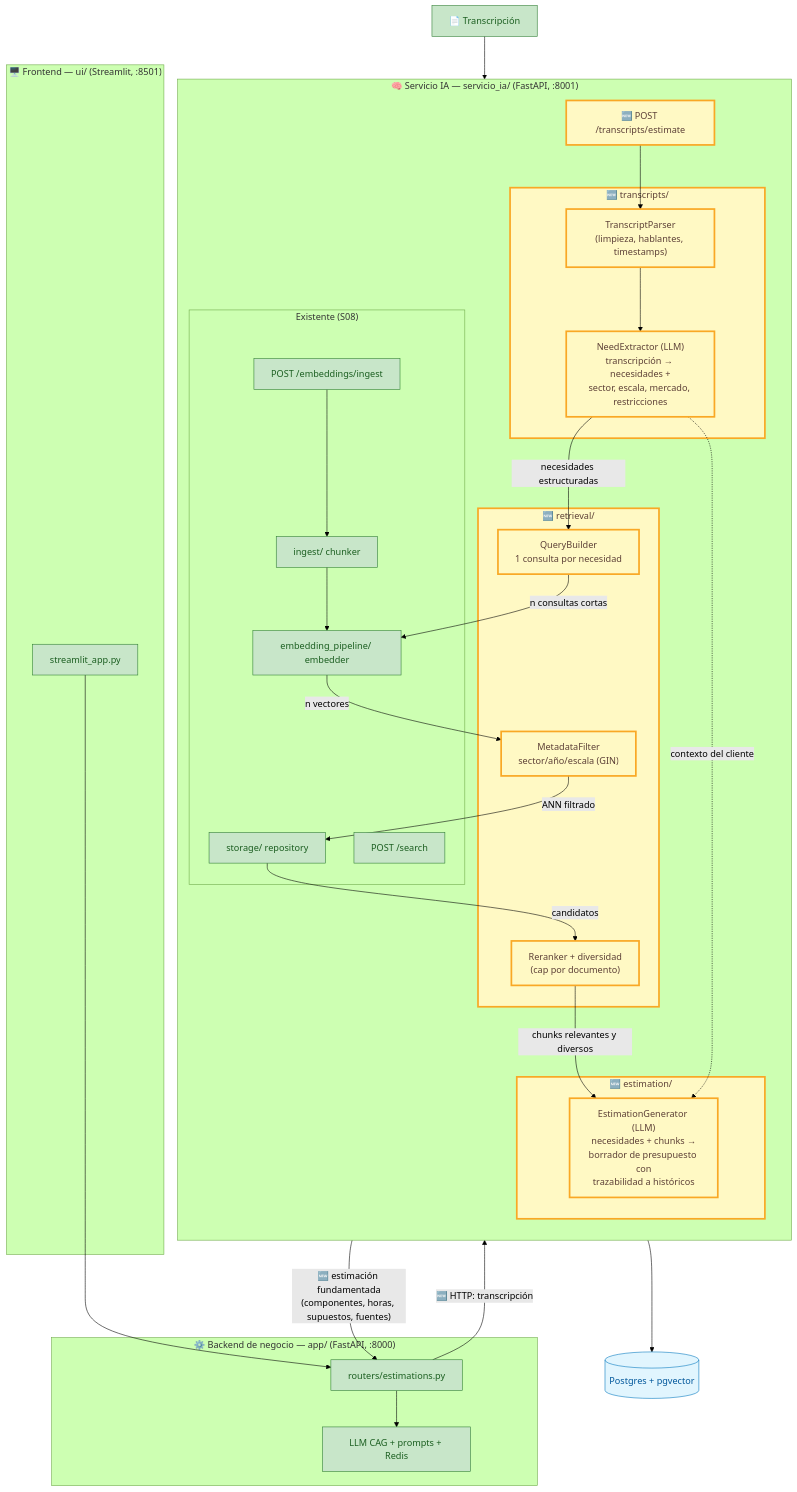
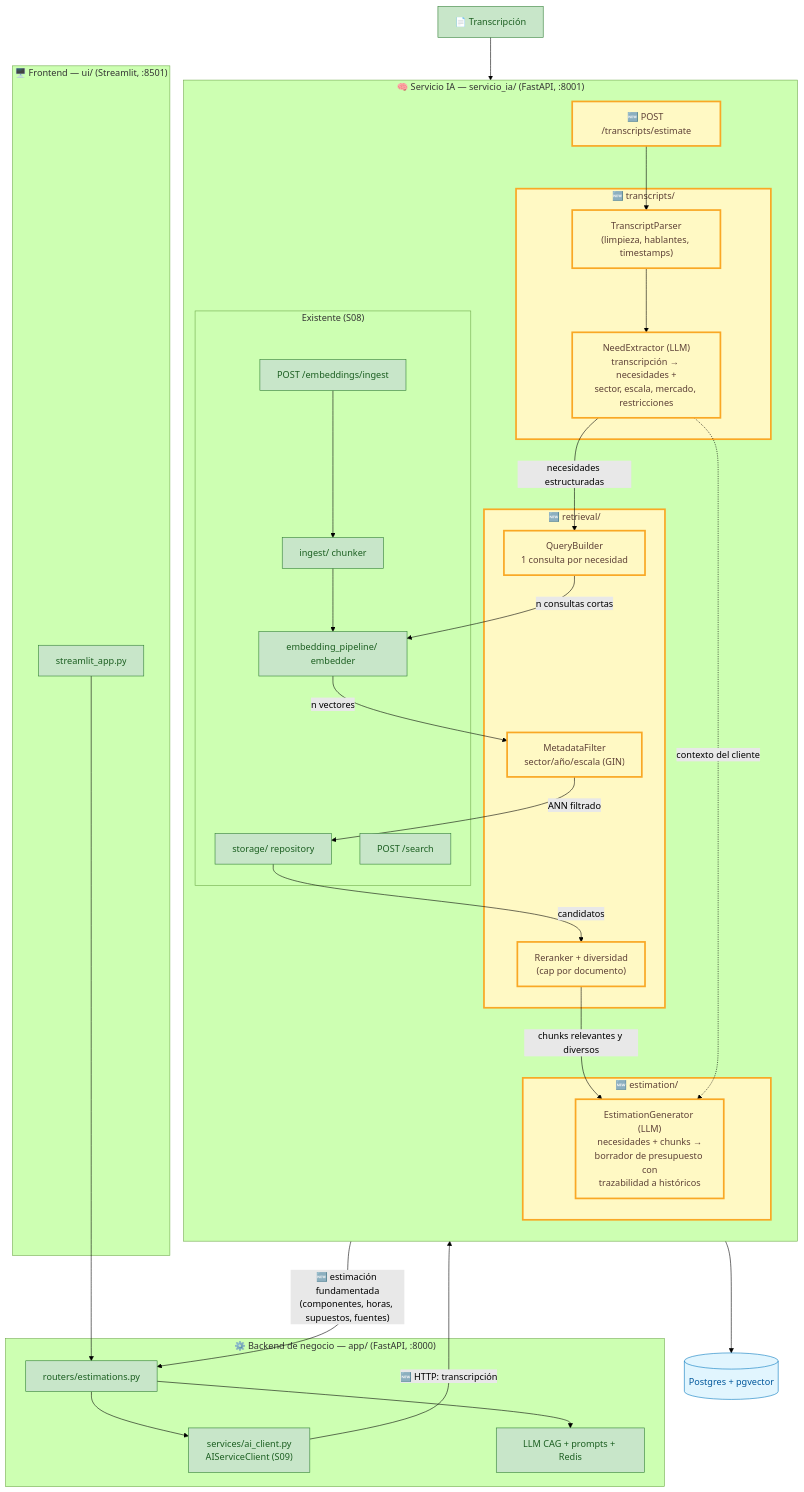
Before and after one commit to gvlpedro/estimator: the second of 2 diagrams in arquitectura-actual.md, drawn with Mermaid (forest theme). The commit also changed other lines of this file, not shown here.

````diff
--- a/arquitectura-actual.md
+++ b/arquitectura-actual.md
@@ -294,63 +288,65 @@
 ```mermaid
 flowchart TB
     subgraph FE["🖥️ Frontend — ui/ (Streamlit, :8501)"]
         UI[streamlit_app.py]
     end
 
     subgraph BE["⚙️ Backend de negocio — app/ (FastAPI, :8000)"]
         EST["routers/estimations.py"]
+        AICL["services/ai_client.py<br/>AIServiceClient (S09)"]
         LLM["LLM CAG + prompts + Redis"]
     end
 
     subgraph IA["🧠 Servicio IA — servicio_ia/ (FastAPI, :8001)"]
         direction TB
         subgraph TRM["🆕 transcripts/"]
             TP["TranscriptParser<br/>(limpieza, hablantes, timestamps)"]
             NE["NeedExtractor (LLM)<br/>transcripción → necesidades +<br/>sector, escala, mercado, restricciones"]
         end
         subgraph RET["🆕 retrieval/"]
             QB["QueryBuilder<br/>1 consulta por necesidad"]
             MF["MetadataFilter<br/>sector/año/escala (GIN)"]
             RR["Reranker + diversidad<br/>(cap por documento)"]
         end
         subgraph GEN["🆕 estimation/"]
             EG["EstimationGenerator (LLM)<br/>necesidades + chunks →<br/>borrador de presupuesto con<br/>trazabilidad a históricos"]
         end
         NEW_EP["🆕 POST /transcripts/estimate"]
         subgraph EXIST["Existente (S08)"]
             ING_EP["POST /embeddings/ingest"]
             CHK["ingest/ chunker"]
             EMBD["embedding_pipeline/ embedder"]
             REPO["storage/ repository"]
             SRCH_EP["POST /search"]
         end
     end
 
     PG[("Postgres + pgvector")]
 
     TRANS["📄 Transcripción"]
 
     UI --> EST
-    EST -->|"🆕 HTTP: transcripción"| NEW_EP
+    EST --> AICL
+    AICL -->|"🆕 HTTP: transcripción"| NEW_EP
     NEW_EP --> TP --> NE
     NE -->|"necesidades estructuradas"| QB
     QB -->|"n consultas cortas"| EMBD
     EMBD -->|"n vectores"| MF
     MF -->|"ANN filtrado"| REPO
     REPO -->|"candidatos"| RR
     RR -->|"chunks relevantes y diversos"| EG
     NE -.->|"contexto del cliente"| EG
     EG -->|"🆕 estimación fundamentada<br/>(componentes, horas, supuestos, fuentes)"| EST
     EST --> LLM
     ING_EP --> CHK --> EMBD
     REPO --> PG
     TRANS --> NEW_EP
 
     classDef done fill:#c8e6c9,stroke:#2e7d32,color:#1b5e20
     classDef nueva fill:#fff9c4,stroke:#f9a825,color:#5d4037,stroke-width:3px
     classDef infra fill:#e1f5fe,stroke:#0277bd,color:#01579b
-    class ING_EP,CHK,EMBD,REPO,SRCH_EP,EST,LLM,UI done
+    class ING_EP,CHK,EMBD,REPO,SRCH_EP,EST,AICL,LLM,UI done
     class TP,NE,QB,MF,RR,EG,NEW_EP,TRM,RET,GEN nueva
     class PG infra
     class TRANS done
 ```
````
